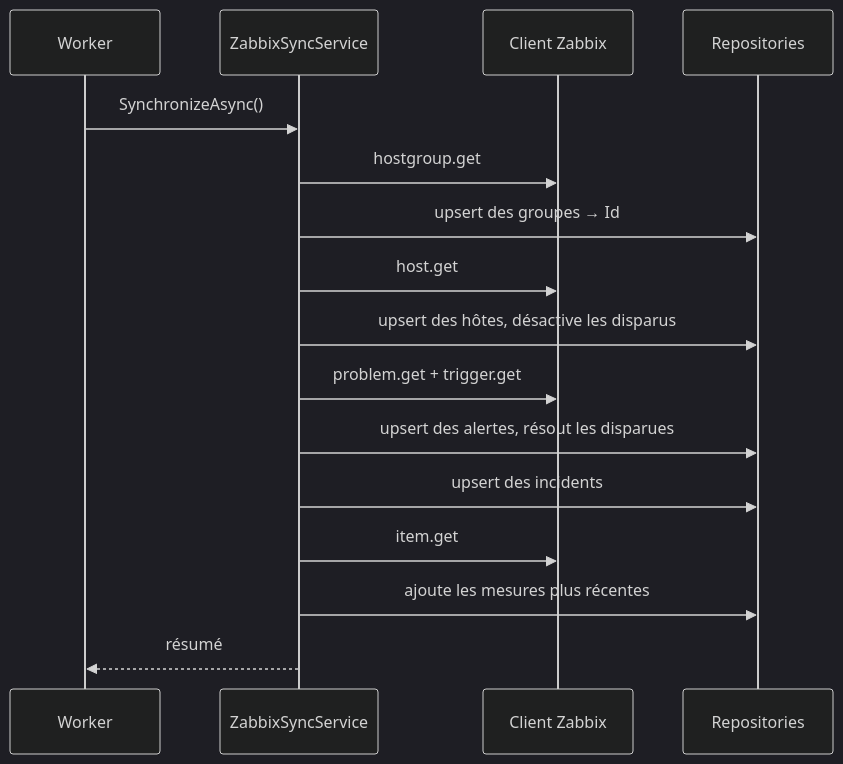
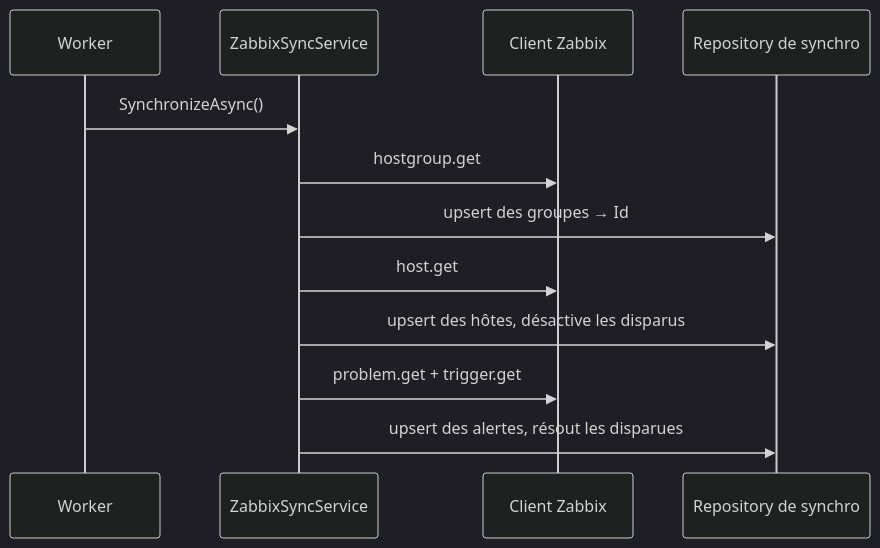
One commit to theopayet1/brain_bean changed the second of 2 diagrams in dotnet_doc/api tierces/zabbix/03 Zabbix — synchroniser dans sa base.md. Above: the diagram before and after it, drawn with Mermaid (dark theme). The commit also changed other lines of this file and 11 other files, not shown here.

````diff
--- a/dotnet_doc/api tierces/zabbix/03 Zabbix — synchroniser dans sa base.md
+++ b/dotnet_doc/api tierces/zabbix/03 Zabbix — synchroniser dans sa base.md
@@ -85,18 +86,14 @@
 ```mermaid
 sequenceDiagram
     participant W as Worker
     participant S as ZabbixSyncService
     participant Z as Client Zabbix
-    participant R as Repositories
+    participant R as Repository de synchro
     W->>S: SynchronizeAsync()
     S->>Z: hostgroup.get
     S->>R: upsert des groupes → Id
     S->>Z: host.get
     S->>R: upsert des hôtes, désactive les disparus
     S->>Z: problem.get + trigger.get
     S->>R: upsert des alertes, résout les disparues
-    S->>R: upsert des incidents
-    S->>Z: item.get
-    S->>R: ajoute les mesures plus récentes
-    S-->>W: résumé
 ```
````
